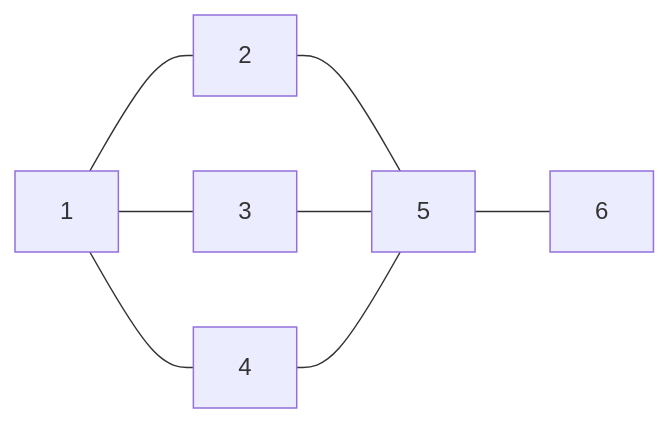
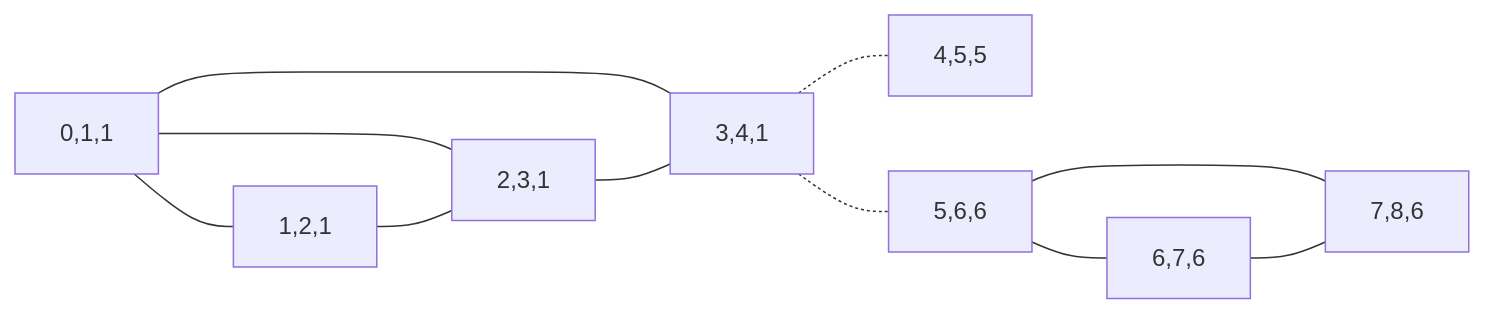
Diagram 18 of 24 in OI-ACM/Graph/graph.md (xtf0214/CPP), drawn with Mermaid before and after one commit. The commit also changed other lines of this file, not shown here.

Commit message:
图论可视化

````diff
--- a/OI-ACM/Graph/graph.md
+++ b/OI-ACM/Graph/graph.md
@@ -223,10 +235,22 @@
 ```mermaid
 flowchart LR
+0["0,1,1"]
+1["1,2,1"]
+2["2,3,1"]
+3["3,4,1"]
+4["4,5,5"]
+5["5,6,6"]
+6["6,7,6"]
+7["7,8,6"]
+0---1
+0---2
+0---3
 1---2
-1---3
-1---4
-2---5
-3---5
-4---5
+2---3
+3-.-4
+3-.-5
 5---6
+5---7
+6---7
+
 ```
````
